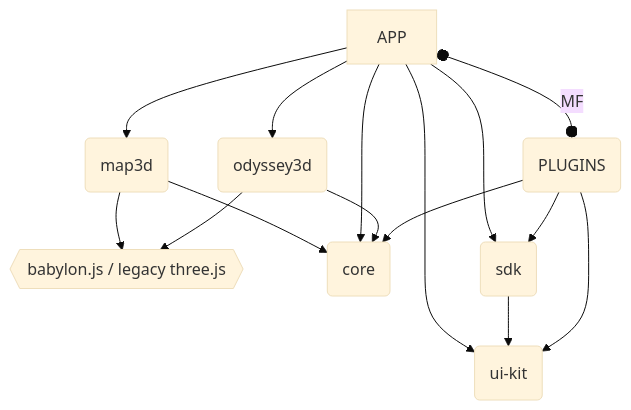
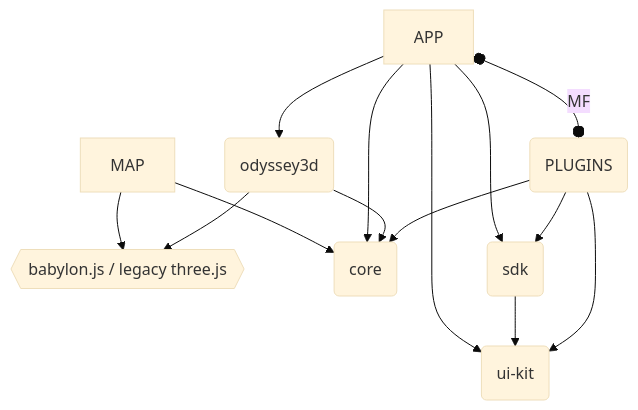
The second of 2 diagrams in README.md (momentum-xyz/ui-client), drawn with Mermaid (base theme) before and after one commit. The commit also changed other lines of this file and 34 other files, not shown here.

````diff
--- a/README.md
+++ b/README.md
@@ -43,17 +42,16 @@
 ```mermaid
 flowchart TD
-    A --> MAP(map3d)
     MAP --> B
     MAP --> C
     A --> 3D(odyssey3d)
     3D --> B{{babylon.js / legacy three.js}}
     A --> S(sdk)
     A[APP] --> C(core)
     A --> K(ui-kit)
     S --> K
     P --> S
     P --> K
     3D --> C
     P --> C
     A o--o |MF| P(PLUGINS)
 ```
````
